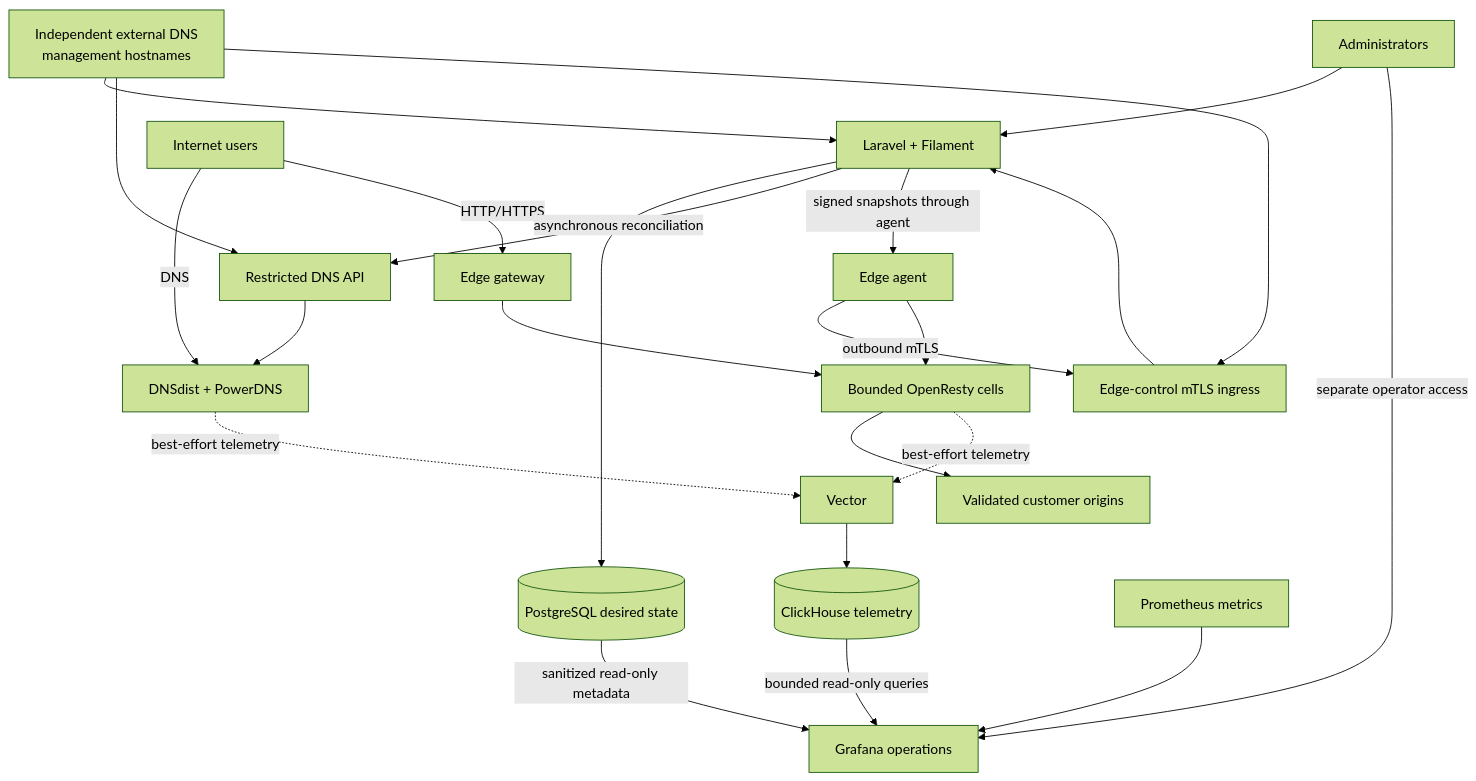
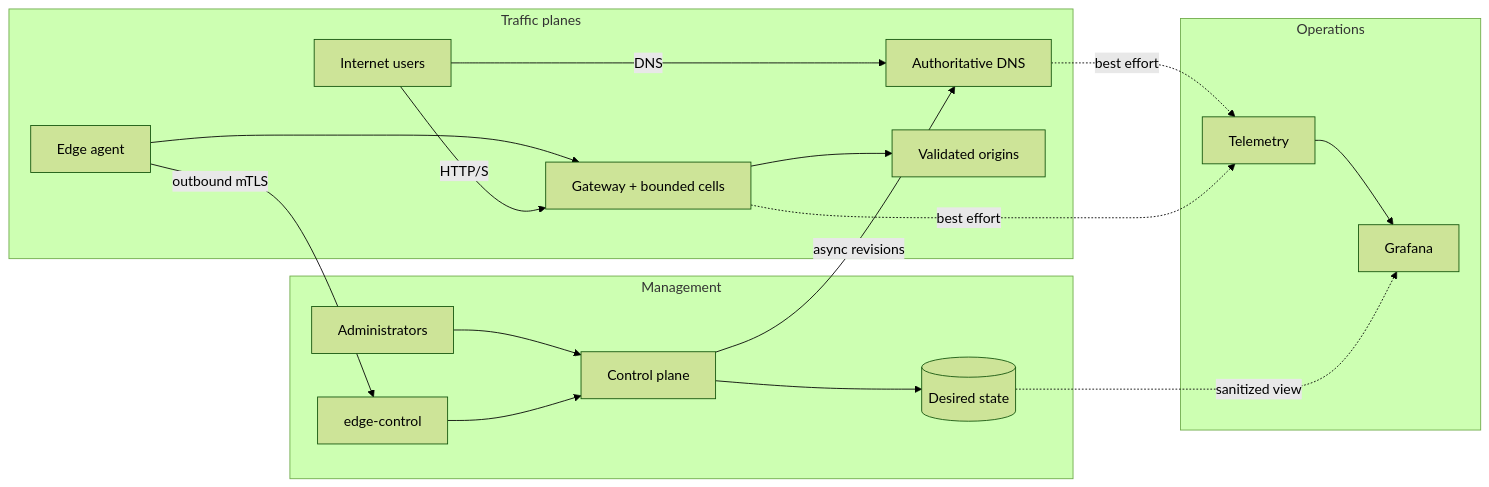
One commit to vaheed/CDNFoundry changed the diagram in docs/index.md. Above: the diagram before and after it, drawn with Mermaid (forest theme). The commit also changed 24 other files, not shown here.

````diff
--- a/docs/index.md
+++ b/docs/index.md
@@ -67,25 +67,20 @@
 ```mermaid
-flowchart TB
-    ExternalDNS["Independent external DNS<br/>management hostnames"] --> Control
-    ExternalDNS --> DNSAPI["Restricted DNS API"]
-    ExternalDNS --> EdgeControl["Edge-control mTLS ingress"]
-    Users["Internet users"] -->|"DNS"| DNS["DNSdist + PowerDNS"]
-    Users -->|"HTTP/HTTPS"| Gateway["Edge gateway"]
-    Gateway --> Edge["Bounded OpenResty cells"]
-    Edge --> Origin["Validated customer origins"]
-    Admins["Administrators"] --> Control["Laravel + Filament"]
-    Control --> State[("PostgreSQL desired state")]
-    Control -->|"asynchronous reconciliation"| DNSAPI
-    DNSAPI --> DNS
-    EdgeAgent["Edge agent"] -->|"outbound mTLS"| EdgeControl
-    EdgeControl --> Control
-    Control -->|"signed snapshots through agent"| EdgeAgent
-    EdgeAgent --> Edge
-    DNS -. "best-effort telemetry" .-> Vector["Vector"]
-    Edge -. "best-effort telemetry" .-> Vector
-    Vector --> ClickHouse[("ClickHouse telemetry")]
-    Prometheus["Prometheus metrics"] --> Grafana["Grafana operations"]
-    ClickHouse -->|"bounded read-only queries"| Grafana
-    State -->|"sanitized read-only metadata"| Grafana
-    Admins -->|"separate operator access"| Grafana
+flowchart LR
+    subgraph Management["Management"]
+      Admins["Administrators"] --> Control["Control plane"] --> State[("Desired state")]
+      EdgeControl["edge-control"] --> Control
+    end
+    subgraph Traffic["Traffic planes"]
+      Agent["Edge agent"] -->|"outbound mTLS"| EdgeControl
+      Agent --> Edge["Gateway + bounded cells"]
+      Control -->|"async revisions"| DNS["Authoritative DNS"]
+      Users["Internet users"] -->|"DNS"| DNS
+      Users -->|"HTTP/S"| Edge --> Origin["Validated origins"]
+    end
+    subgraph Operations["Operations"]
+      DNS -. "best effort" .-> Observe["Telemetry"]
+      Edge -. "best effort" .-> Observe
+      Observe --> Grafana["Grafana"]
+      State -. "sanitized view" .-> Grafana
+    end
 ```
````
